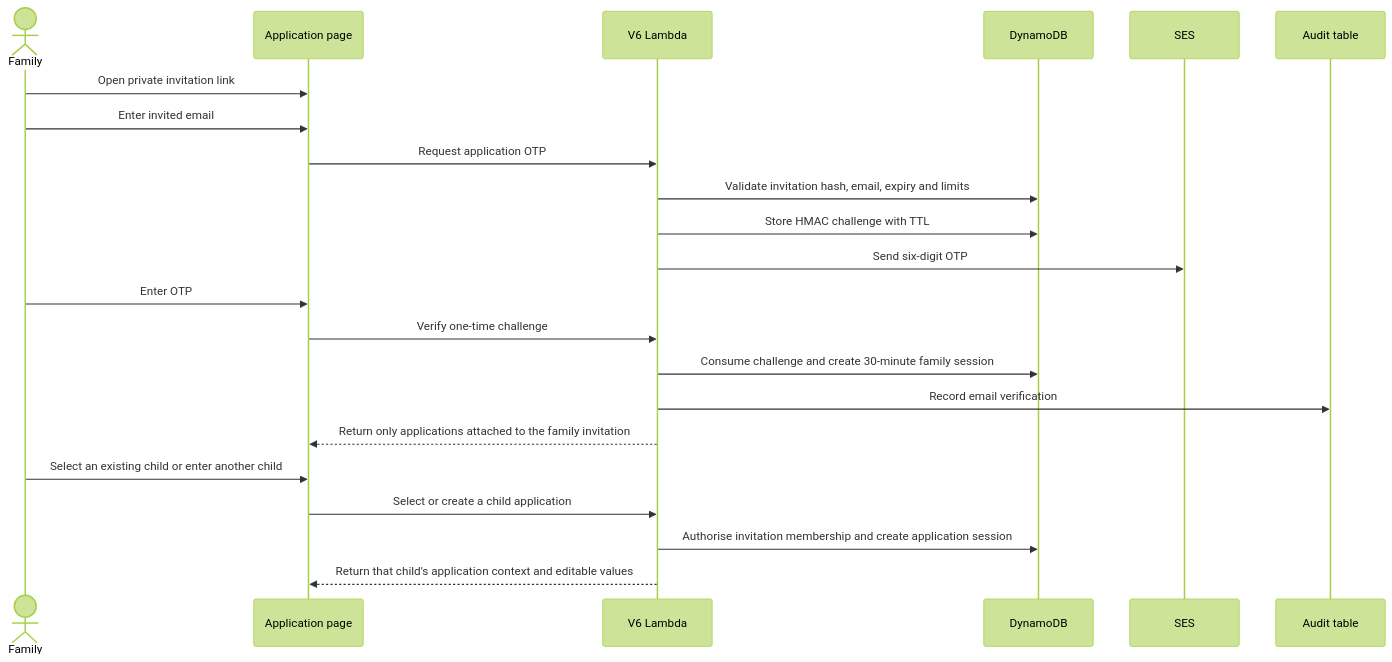
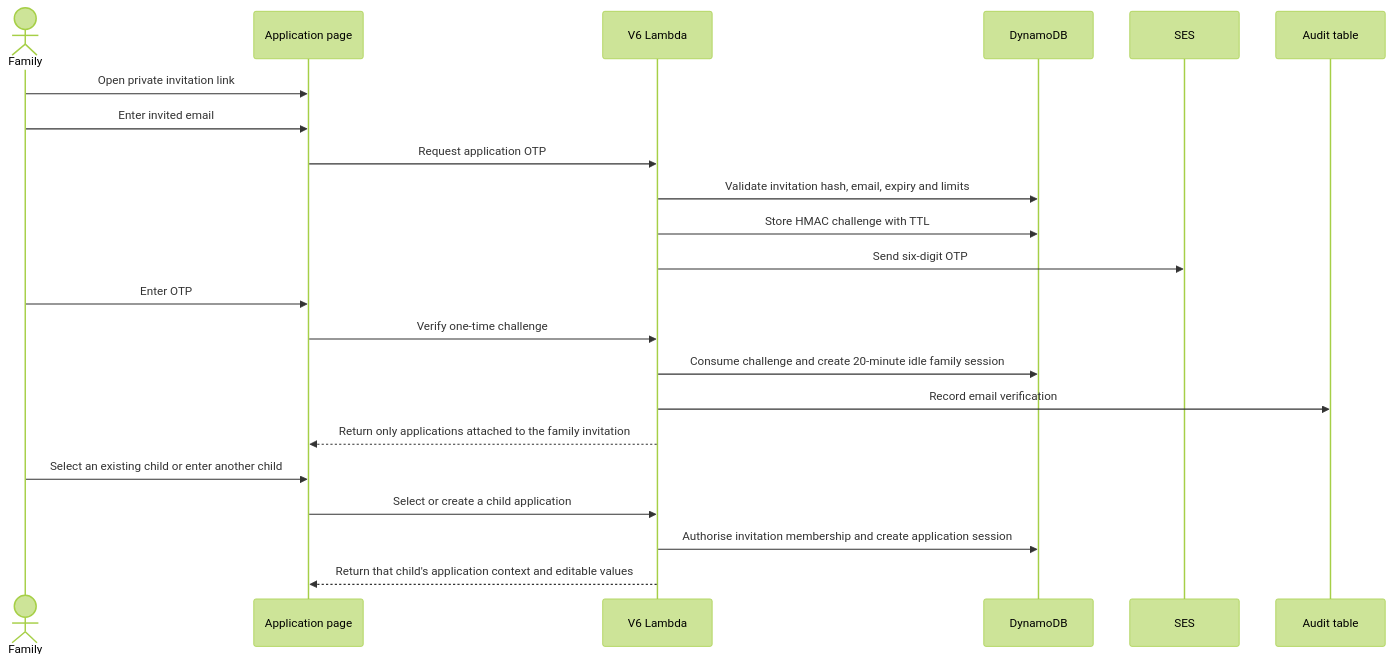
The sixth of 13 diagrams in Rosewood enrolment/v6/DATA-PROCESS-MAP.md (Martin-Reinoso/independentschoolwest), drawn with Mermaid (forest theme) before and after one commit. The commit also changed other lines of this file and 10 other files, not shown here.

````diff
--- a/Rosewood enrolment/v6/DATA-PROCESS-MAP.md
+++ b/Rosewood enrolment/v6/DATA-PROCESS-MAP.md
@@ -290,25 +291,25 @@
 ```mermaid
 sequenceDiagram
     actor Family
     participant Page as Application page
     participant API as V6 Lambda
     participant DB as DynamoDB
     participant SES as SES
     participant Audit as Audit table
 
     Family->>Page: Open private invitation link
     Family->>Page: Enter invited email
     Page->>API: Request application OTP
     API->>DB: Validate invitation hash, email, expiry and limits
     API->>DB: Store HMAC challenge with TTL
     API->>SES: Send six-digit OTP
     Family->>Page: Enter OTP
     Page->>API: Verify one-time challenge
-    API->>DB: Consume challenge and create 30-minute family session
+    API->>DB: Consume challenge and create 20-minute idle family session
     API->>Audit: Record email verification
     API-->>Page: Return only applications attached to the family invitation
     Family->>Page: Select an existing child or enter another child
     Page->>API: Select or create a child application
     API->>DB: Authorise invitation membership and create application session
     API-->>Page: Return that child's application context and editable values
 ```
````
